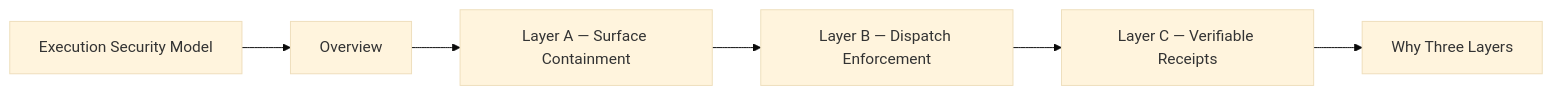
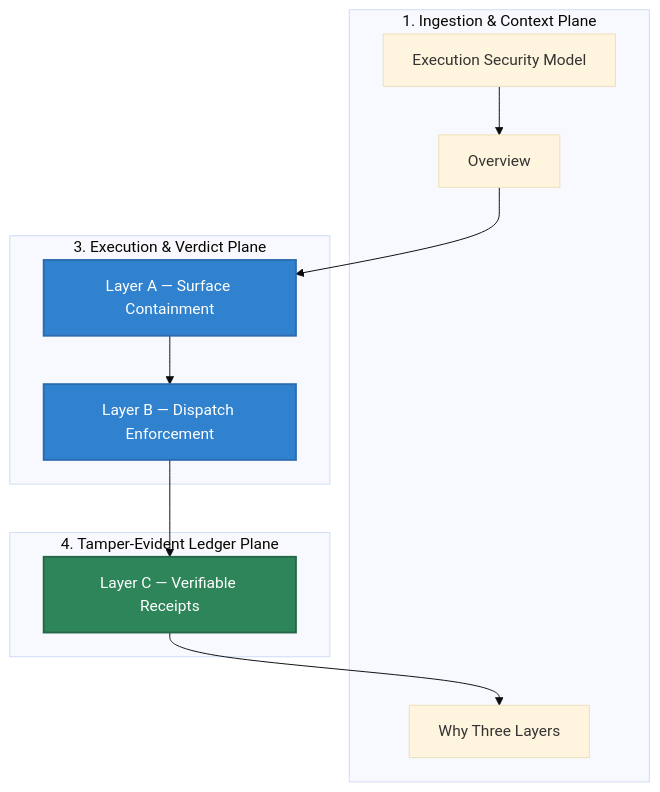
Before and after one commit to Mindburn-Labs/helm-ai-kernel: the diagram in docs/EXECUTION_SECURITY_MODEL.md, drawn with Mermaid (base theme). The commit also changed other lines of this file and 330 other files, not shown here.

````diff
--- a/docs/EXECUTION_SECURITY_MODEL.md
+++ b/docs/EXECUTION_SECURITY_MODEL.md
@@ -37,14 +37,29 @@
 ```mermaid
-flowchart LR
-  Page["Execution Security Model"]
-  A["Overview"]
-  B["Layer A — Surface Containment"]
-  C["Layer B — Dispatch Enforcement"]
-  D["Layer C — Verifiable Receipts"]
-  E["Why Three Layers"]
-  Page --> A
-  A --> B
-  B --> C
-  C --> D
-  D --> E
+flowchart TD
+    subgraph Ingestion["1. Ingestion & Context Plane"]
+        Page["Execution Security Model"]
+        A["Overview"]
+        E["Why Three Layers"]
+    end
+
+    subgraph Execution["3. Execution & Verdict Plane"]
+        B["Layer A — Surface Containment"]
+        C["Layer B — Dispatch Enforcement"]
+    end
+
+    subgraph Ledger["4. Tamper-Evident Ledger Plane"]
+        D["Layer C — Verifiable Receipts"]
+    end
+
+    %% Operational Flow Edges
+    Page --> A
+    A --> B
+    B --> C
+    C --> D
+    D --> E
+
+    %% Premium Styling Rules
+    style B fill:#3182ce,stroke:#2b6cb0,stroke-width:2px,color:#fff
+    style C fill:#3182ce,stroke:#2b6cb0,stroke-width:2px,color:#fff
+    style D fill:#2f855a,stroke:#276749,stroke-width:2px,color:#fff
 ```
````
